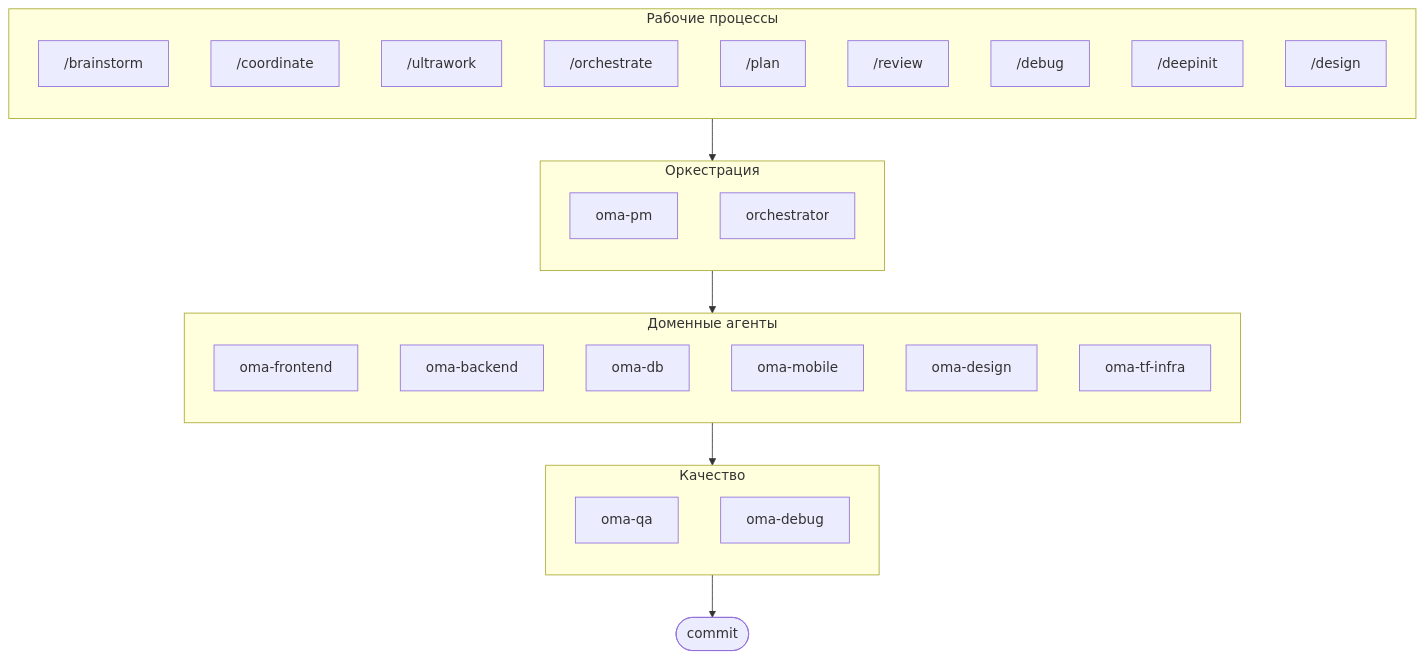
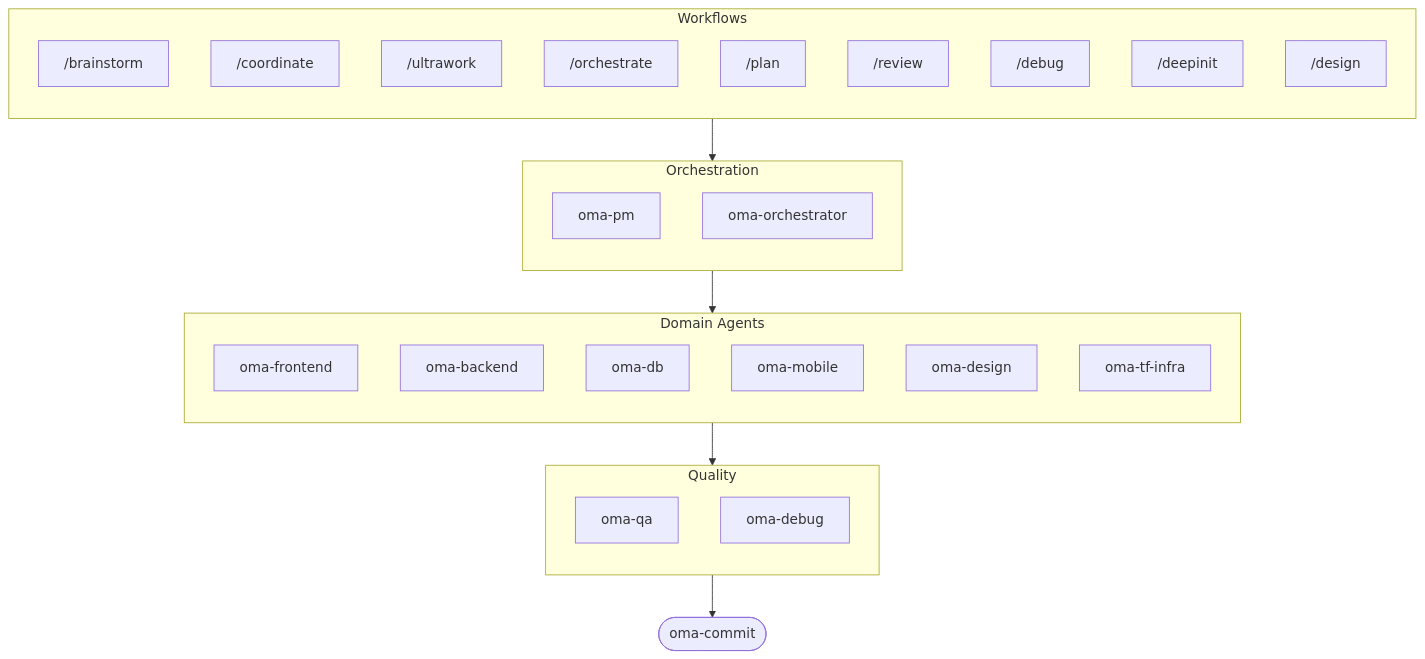
One commit to haha529/oh-my-ag changed the diagram in docs/README.ru.md. Above: the diagram before and after it, drawn with Mermaid. The commit also changed other lines of this file and 197 other files, not shown here.

````diff
--- a/docs/README.ru.md
+++ b/docs/README.ru.md
@@ -166,43 +107,42 @@
 ```mermaid
 flowchart TD
-    subgraph Workflows["Рабочие процессы"]
+    subgraph Workflows["Workflows"]
         direction TB
         W0["/brainstorm"]
         W1["/coordinate"]
         W1b["/ultrawork"]
         W2["/orchestrate"]
         W3["/plan"]
         W4["/review"]
         W5["/debug"]
         W6["/deepinit"]
         W7["/design"]
     end
 
-    subgraph Orchestration["Оркестрация"]
+    subgraph Orchestration["Orchestration"]
         direction TB
         PM[oma-pm]
-        ORC[orchestrator]
+        ORC[oma-orchestrator]
     end
 
-    subgraph Domain["Доменные агенты"]
+    subgraph Domain["Domain Agents"]
         direction TB
         FE[oma-frontend]
         BE[oma-backend]
         DB[oma-db]
         MB[oma-mobile]
         DES[oma-design]
         TF[oma-tf-infra]
     end
 
-    subgraph Quality["Качество"]
+    subgraph Quality["Quality"]
         direction TB
         QA[oma-qa]
         DBG[oma-debug]
     end
 
-
     Workflows --> Orchestration
     Orchestration --> Domain
     Domain --> Quality
-    Quality --> CMT([commit])
+    Quality --> CMT([oma-commit])
 ```
````
